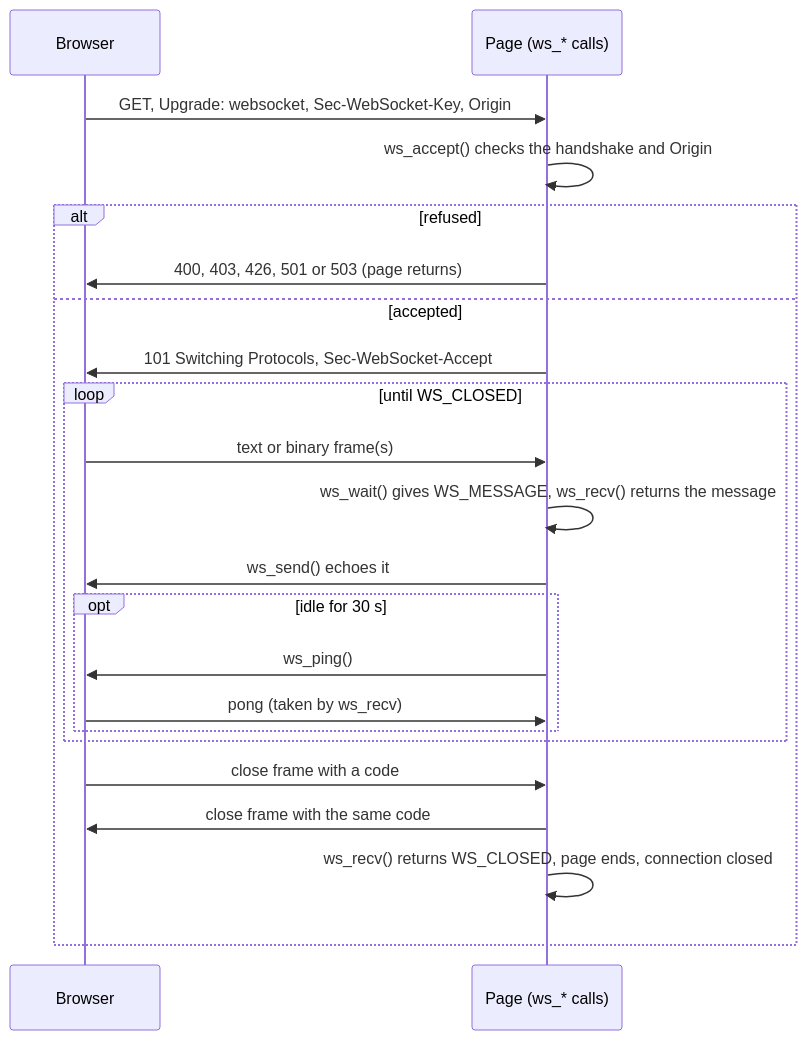
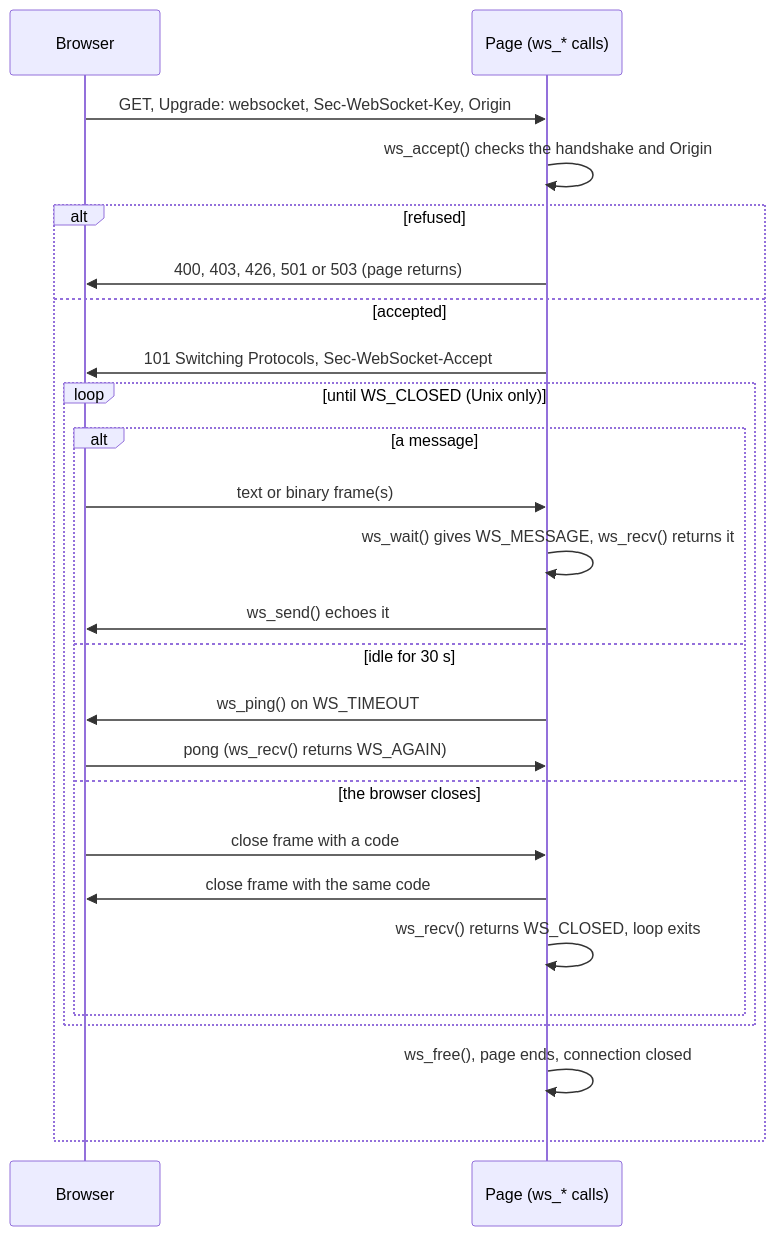
One commit to DanielTillett/klin changed the diagram in doc/WEBSOCKET.md. Above: the diagram before and after it, drawn with Mermaid. The commit also changed other lines of this file and 20 other files, not shown here.

````diff
--- a/doc/WEBSOCKET.md
+++ b/doc/WEBSOCKET.md
@@ -45,24 +49,27 @@
 ```mermaid
 sequenceDiagram
     participant B as Browser
     participant P as Page (ws_* calls)
     B->>P: GET, Upgrade: websocket, Sec-WebSocket-Key, Origin
     P->>P: ws_accept() checks the handshake and Origin
     alt refused
         P->>B: 400, 403, 426, 501 or 503 (page returns)
     else accepted
         P->>B: 101 Switching Protocols, Sec-WebSocket-Accept
-        loop until WS_CLOSED
-            B->>P: text or binary frame(s)
-            P->>P: ws_wait() gives WS_MESSAGE, ws_recv() returns the message
-            P->>B: ws_send() echoes it
-            opt idle for 30 s
-                P->>B: ws_ping()
-                B->>P: pong (taken by ws_recv)
+        loop until WS_CLOSED (Unix only)
+            alt a message
+                B->>P: text or binary frame(s)
+                P->>P: ws_wait() gives WS_MESSAGE, ws_recv() returns it
+                P->>B: ws_send() echoes it
+            else idle for 30 s
+                P->>B: ws_ping() on WS_TIMEOUT
+                B->>P: pong (ws_recv() returns WS_AGAIN)
+            else the browser closes
+                B->>P: close frame with a code
+                P->>B: close frame with the same code
+                P->>P: ws_recv() returns WS_CLOSED, loop exits
             end
         end
-        B->>P: close frame with a code
-        P->>B: close frame with the same code
-        P->>P: ws_recv() returns WS_CLOSED, page ends, connection closed
+        P->>P: ws_free(), page ends, connection closed
     end
 ```
````
